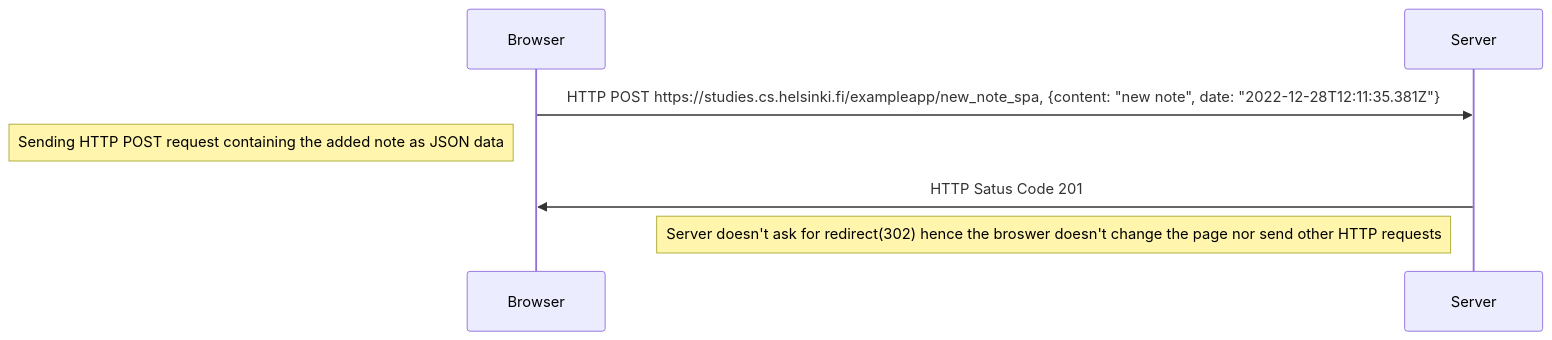
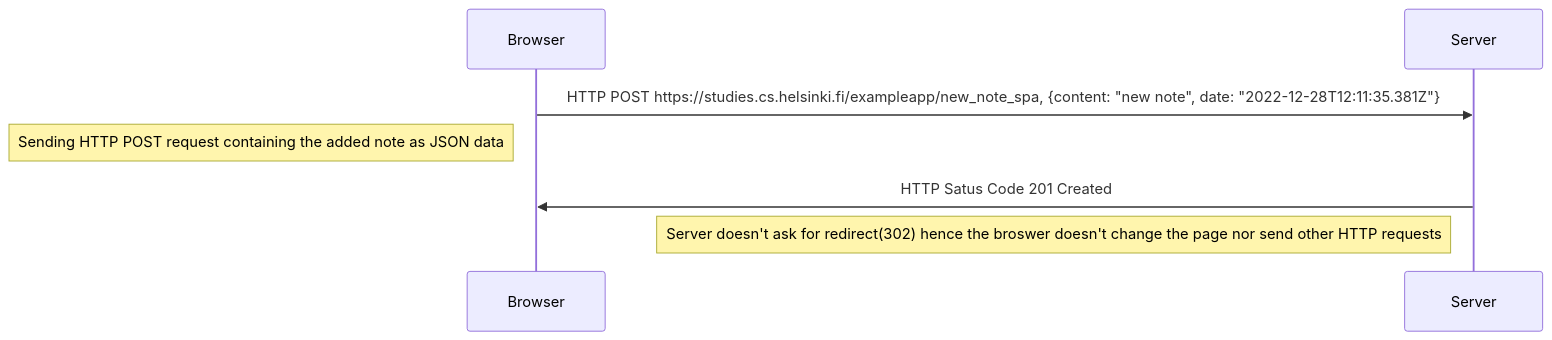
Before and after one commit to essipurh/FullStack2223_part0: the third of 3 diagrams in README.md, drawn with Mermaid.

````diff
--- a/README.md
+++ b/README.md
@@ -45,9 +45,9 @@
 ```mermaid
 sequenceDiagram
   participant Browser
   participant Server
   Browser->>Server: HTTP POST https://studies.cs.helsinki.fi/exampleapp/new_note_spa, {content: "new note", date: "2022-12-28T12:11:35.381Z"}
   Note left of Browser: Sending HTTP POST request containing the added note as JSON data
-  Server->>Browser: HTTP Satus Code 201 
+  Server->>Browser: HTTP Satus Code 201 Created
   Note left of Server: Server doesn't ask for redirect(302) hence the broswer doesn't change the page nor send other HTTP requests
 ```
````
